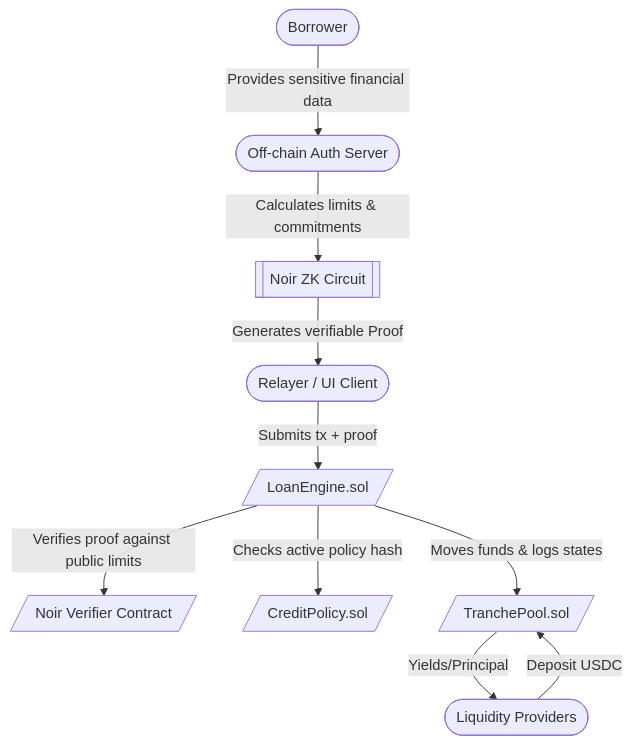
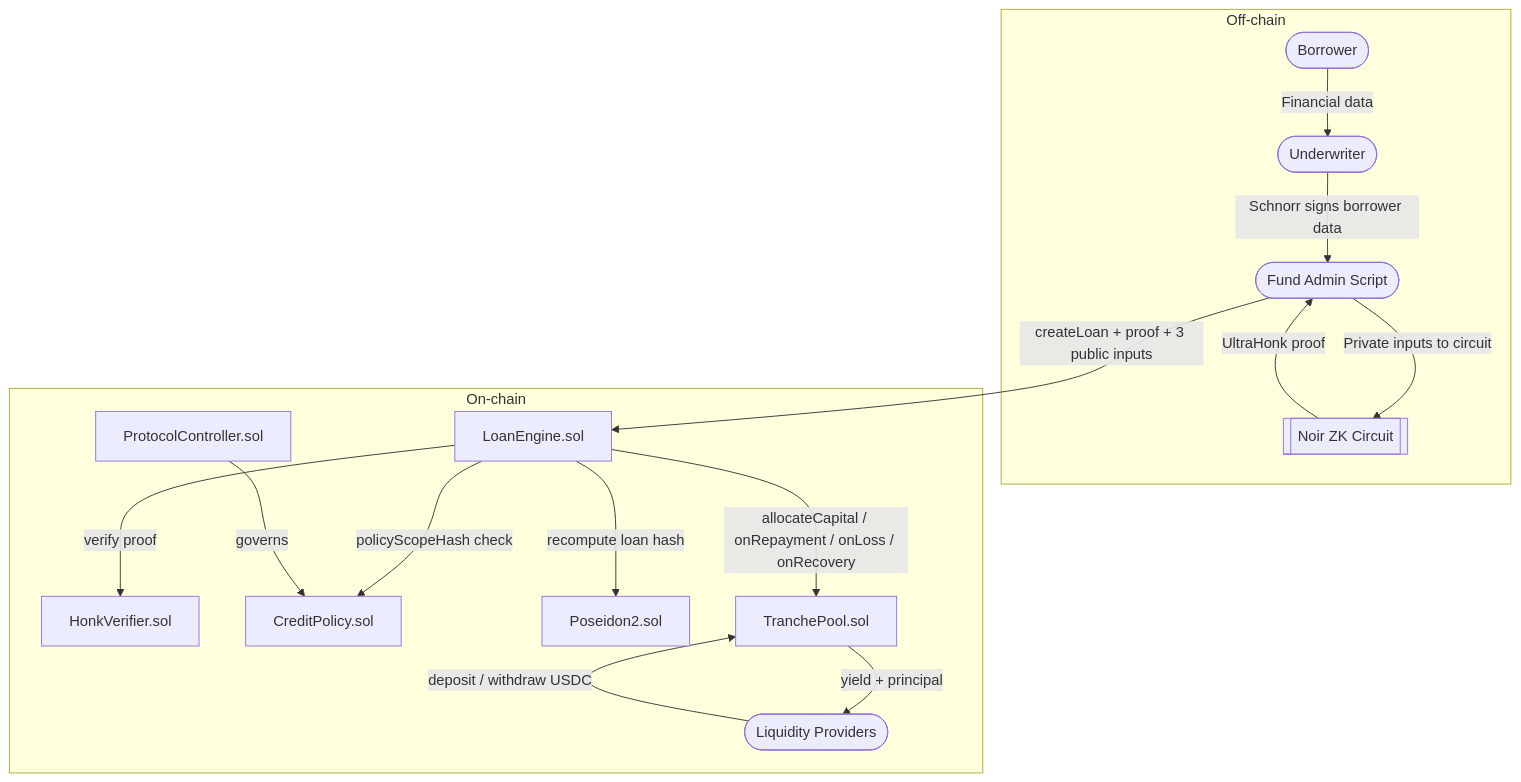
Before and after one commit to NandakishorP/Credit_Rail: the diagram in docs/ARCHITECTURE.md, drawn with Mermaid. The commit also changed other lines of this file and 12 other files, not shown here.

````diff
--- a/docs/ARCHITECTURE.md
+++ b/docs/ARCHITECTURE.md
@@ -9,12 +9,20 @@
 ```mermaid
-graph TD;
-    Borrower([Borrower]) -->|Provides sensitive financial data| Underwriter([Off-chain Auth Server]);
-    Underwriter -->|Calculates limits & commitments| NoirCircuit[[Noir ZK Circuit]];
-    NoirCircuit -->|Generates verifiable Proof| Relayer([Relayer / UI Client]);
-    Relayer -->|Submits tx + proof| LoanEngine[/LoanEngine.sol/];
-    LoanEngine -->|Verifies proof against public limits| LoanProofVerifier[/Noir Verifier Contract/];
-    LoanEngine -->|Checks active policy hash| CreditPolicy[/CreditPolicy.sol/];
-    LoanEngine -->|Moves funds & logs states| TranchePool[/TranchePool.sol/];
-    LPs([Liquidity Providers]) -->|Deposit USDC| TranchePool;
-    TranchePool -->|Yields/Principal| LPs;
+graph TD
+    subgraph Off-chain
+        Borrower([Borrower]) -->|Financial data| Underwriter([Underwriter])
+        Underwriter -->|Schnorr signs borrower data| FundAdmin([Fund Admin Script])
+        FundAdmin -->|Private inputs to circuit| NoirCircuit[[Noir ZK Circuit]]
+        NoirCircuit -->|UltraHonk proof| FundAdmin
+    end
+
+    subgraph On-chain
+        FundAdmin -->|createLoan + proof + 3 public inputs| LoanEngine[LoanEngine.sol]
+        LoanEngine -->|verify proof| HonkVerifier[HonkVerifier.sol]
+        LoanEngine -->|policyScopeHash check| CreditPolicy[CreditPolicy.sol]
+        LoanEngine -->|recompute loan hash| Poseidon2[Poseidon2.sol]
+        LoanEngine -->|allocateCapital / onRepayment / onLoss / onRecovery| TranchePool[TranchePool.sol]
+        ProtocolController[ProtocolController.sol] -->|governs| CreditPolicy
+        LPs([Liquidity Providers]) -->|deposit / withdraw USDC| TranchePool
+        TranchePool -->|yield + principal| LPs
+    end
 ```
````
